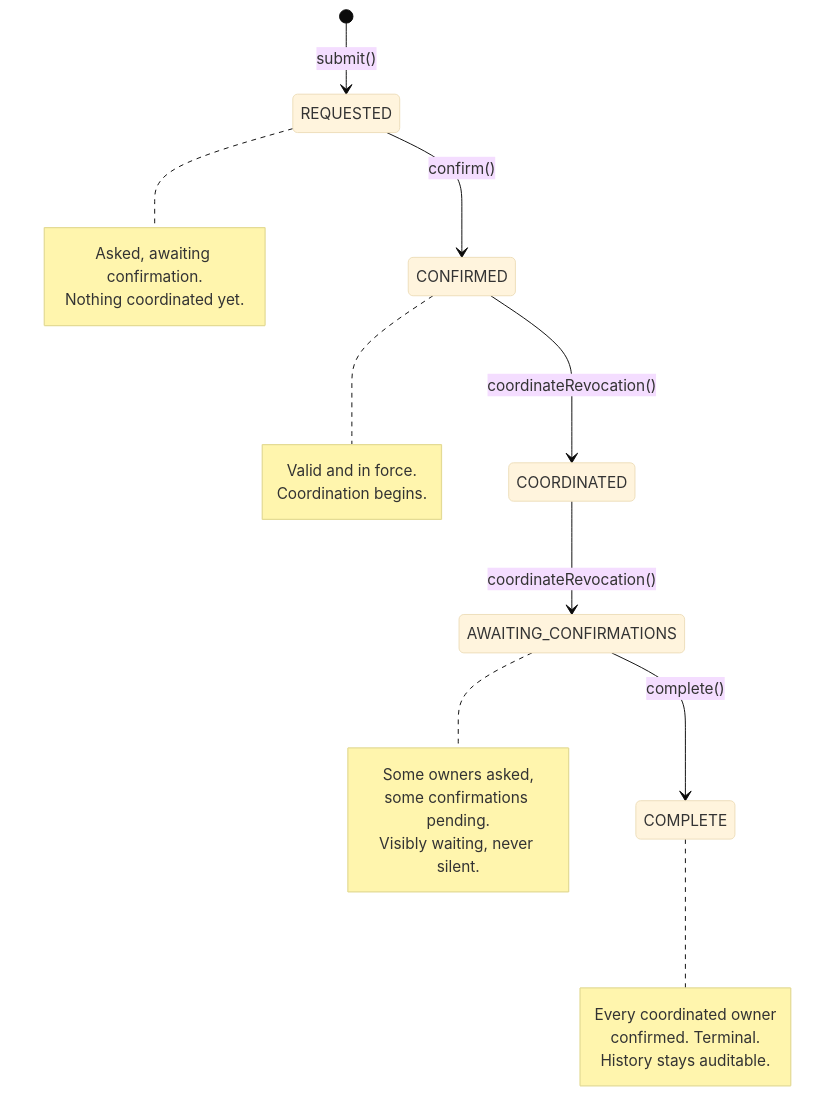
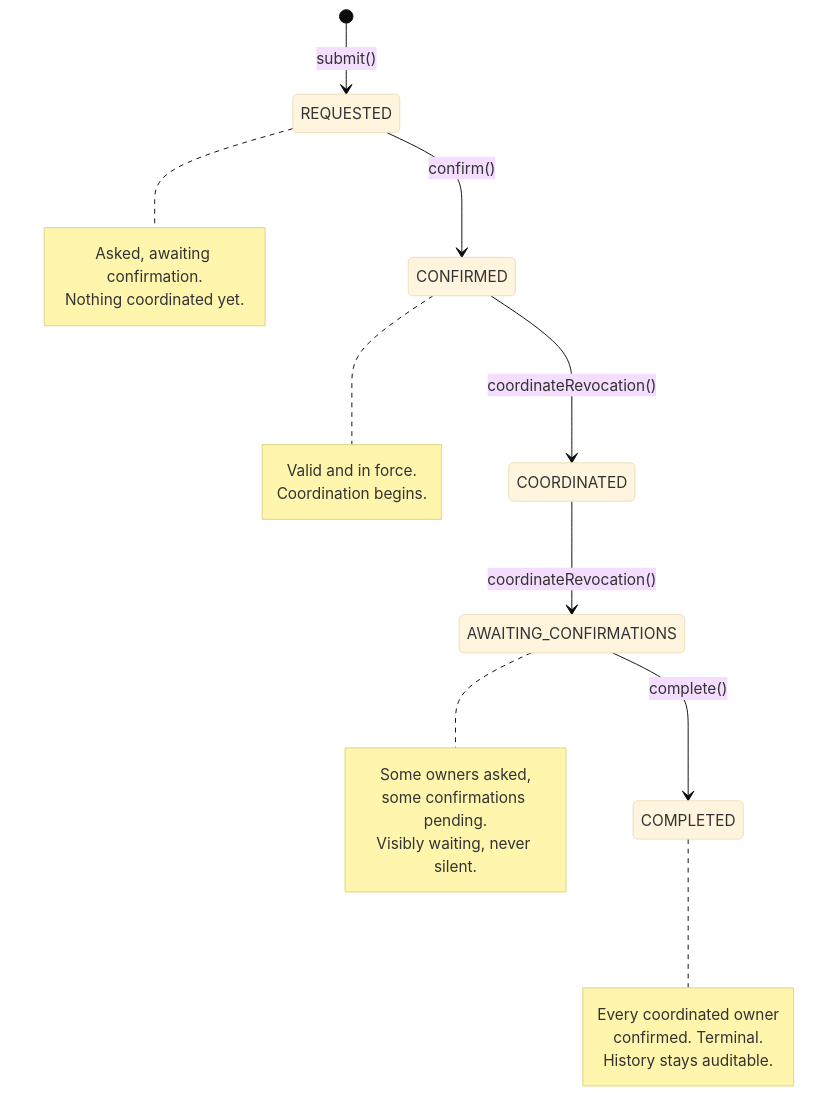
Before and after one commit to Morocoders-Arq-9056/votochain-api-backend: the third of 4 diagrams in docs/Bounded Contexts/consent-compliance/domain-model.md, drawn with Mermaid (base theme). The commit also changed other lines of this file and 12 other files, not shown here.

````diff
--- a/docs/Bounded Contexts/consent-compliance/domain-model.md
+++ b/docs/Bounded Contexts/consent-compliance/domain-model.md
@@ -170,30 +170,30 @@
 ```mermaid
 stateDiagram-v2
     [*] --> REQUESTED : submit()
     REQUESTED --> CONFIRMED : confirm()
     CONFIRMED --> COORDINATED : coordinateRevocation()
     COORDINATED --> AWAITING_CONFIRMATIONS : coordinateRevocation()
-    AWAITING_CONFIRMATIONS --> COMPLETE : complete()
+    AWAITING_CONFIRMATIONS --> COMPLETED : complete()
 
     note right of REQUESTED
         Asked, awaiting confirmation.
         Nothing coordinated yet.
     end note
 
     note right of CONFIRMED
         Valid and in force.
         Coordination begins.
     end note
 
     note right of AWAITING_CONFIRMATIONS
         Some owners asked,
         some confirmations pending.
         Visibly waiting, never silent.
     end note
 
-    note right of COMPLETE
+    note right of COMPLETED
         Every coordinated owner
         confirmed. Terminal.
         History stays auditable.
     end note
 ```
````
